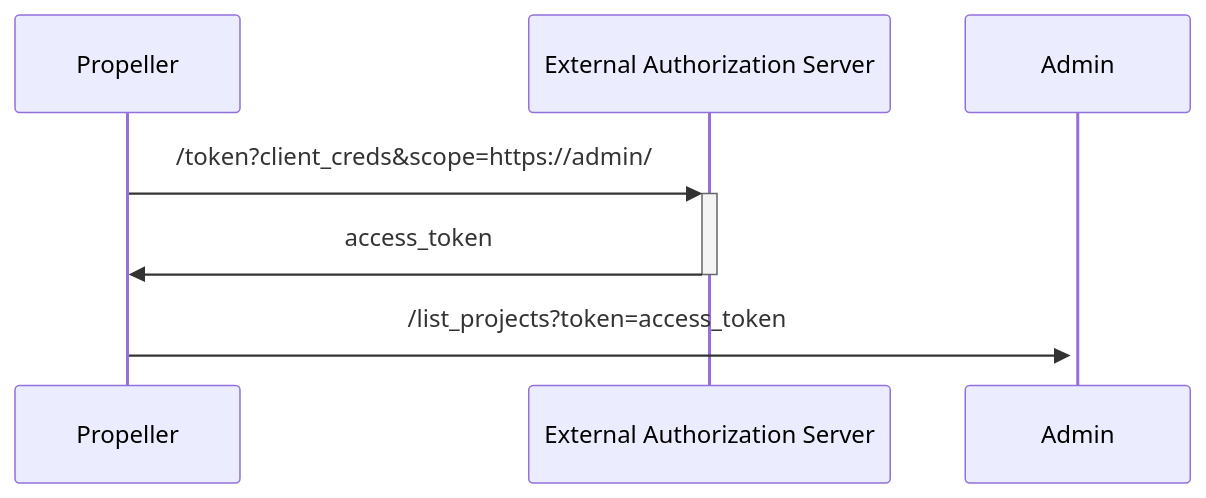
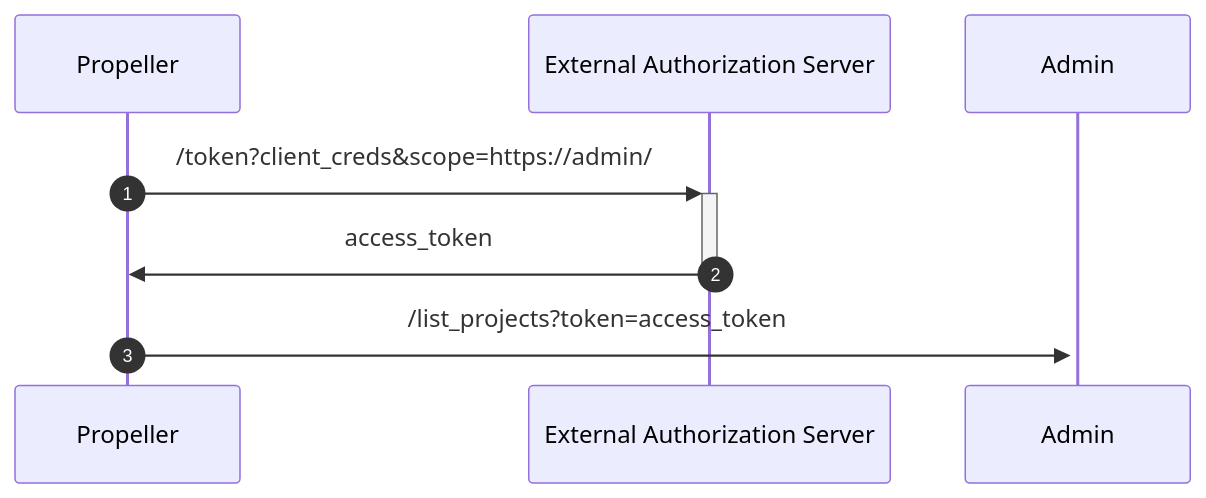
One commit to flyteorg/flyte changed the third of 5 diagrams in rsts/deployment/cluster_config/auth_appendix.rst. Above: the diagram before and after it, drawn with Mermaid.

```diff
--- a/rsts/deployment/cluster_config/auth_appendix.rst
+++ b/rsts/deployment/cluster_config/auth_appendix.rst
@@ -68,7 +68,9 @@
     .. mermaid::
         :alt: Service Authentication Swimlane
 
         sequenceDiagram
+        %%{config: { 'fontFamily': 'Menlo', 'fontSize': 10, 'fontWeight': 100} }%%
+            autonumber
             Propeller->>+External Authorization Server: /token?client_creds&scope=https://admin/
             External Authorization Server->>-Propeller: access_token
             Propeller->>+Admin: /list_projects?token=access_token
```
